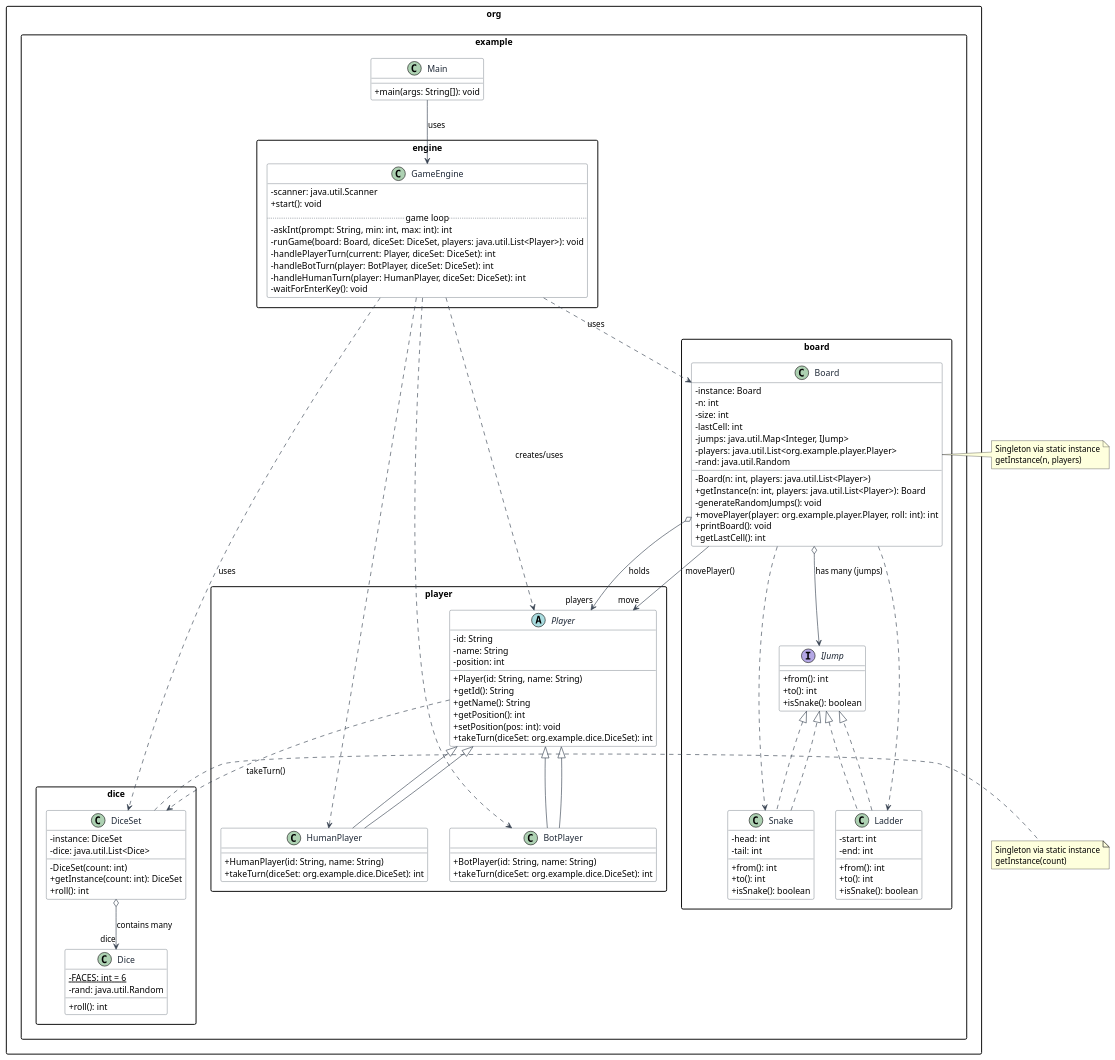
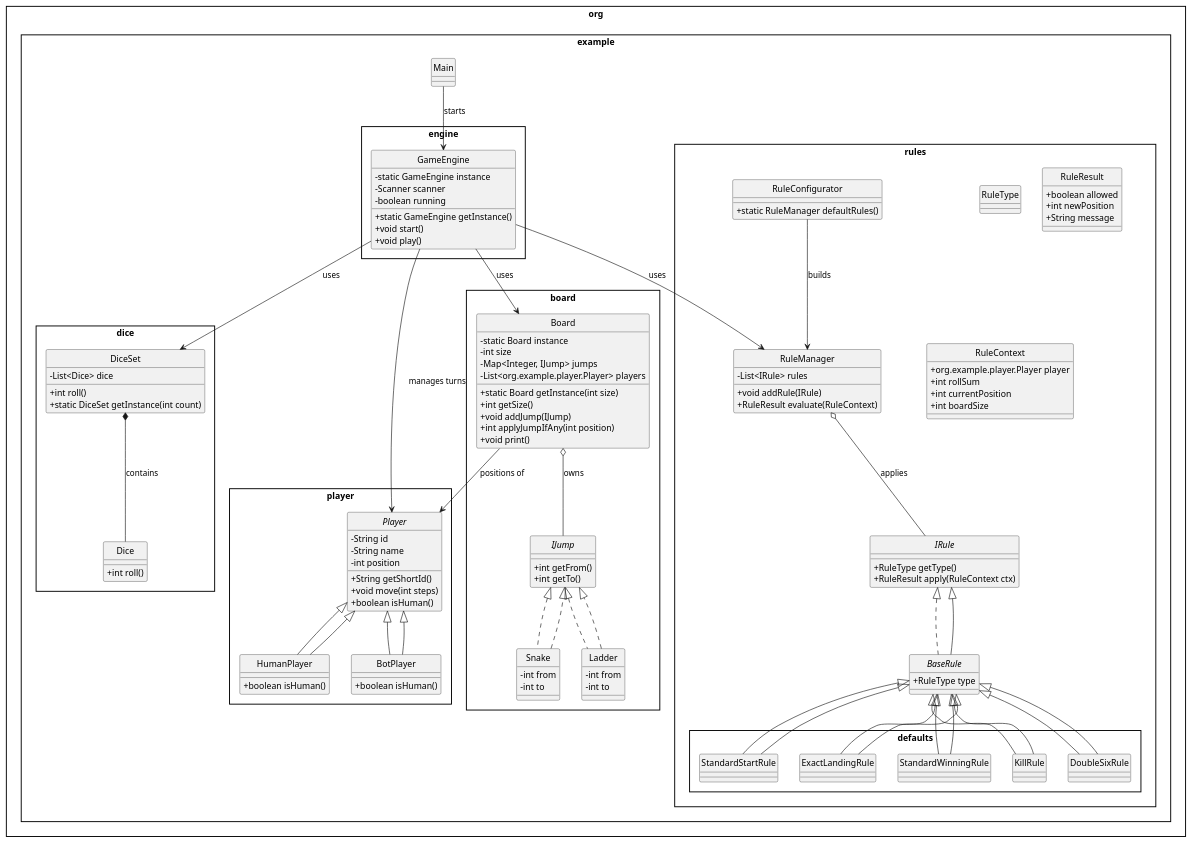
Before and after one commit to neeldholiya04/snakeandladder: the diagram in docs/class-diagram.puml, drawn with PlantUML. The commit also changed 17 other files, not shown here.

Commit message:
rule set strategy

```diff
--- a/docs/class-diagram.puml
+++ b/docs/class-diagram.puml
@@ -1,143 +1,136 @@
 @startuml SnakeAndLadderClassDiagram
+skinparam style strictuml
 skinparam classAttributeIconSize 0
-skinparam packageStyle rectangle
-skinparam shadowing false
-skinparam classFontColor #1f2937
-skinparam classBorderColor #374151
-skinparam classBackgroundColor #ffffff
-skinparam ArrowColor #374151
+skinparam PackageStyle rectangle
+hide circle
 
 package "org.example" {
-  class Main {
-    +main(args: String[]): void
-  }
+  class Main
 }
 
 package "org.example.engine" {
   class GameEngine {
-    -scanner: java.util.Scanner
-    +start(): void
-    ..game loop..
-    -askInt(prompt: String, min: int, max: int): int
-    -runGame(board: Board, diceSet: DiceSet, players: java.util.List<Player>): void
-    -handlePlayerTurn(current: Player, diceSet: DiceSet): int
-    -handleBotTurn(player: BotPlayer, diceSet: DiceSet): int
-    -handleHumanTurn(player: HumanPlayer, diceSet: DiceSet): int
-    -waitForEnterKey(): void
+    - static GameEngine instance
+    - Scanner scanner
+    - boolean running
+    + static GameEngine getInstance()
+    + void start()
+    + void play()
   }
 }
 
 package "org.example.board" {
+  interface IJump {
+    + int getFrom()
+    + int getTo()
+  }
   class Board {
-    -instance: Board
-    -n: int
-    -size: int
-    -lastCell: int
-    -jumps: java.util.Map<Integer, IJump>
-    -players: java.util.List<org.example.player.Player>
-    -rand: java.util.Random
-    -Board(n: int, players: java.util.List<Player>)
-    +getInstance(n: int, players: java.util.List<Player>): Board
-    -generateRandomJumps(): void
-    +movePlayer(player: org.example.player.Player, roll: int): int
-    +printBoard(): void
-    +getLastCell(): int
+    - static Board instance
+    - int size
+    - Map<Integer, IJump> jumps
+    - List<org.example.player.Player> players
+    + static Board getInstance(int size)
+    + int getSize()
+    + void addJump(IJump)
+    + int applyJumpIfAny(int position)
+    + void print()
   }
-
-  interface IJump {
-    +from(): int
-    +to(): int
-    +isSnake(): boolean
+  class Snake implements IJump {
+    - int from
+    - int to
   }
-
-  class Snake implements IJump {
-    -head: int
-    -tail: int
-    +from(): int
-    +to(): int
-    +isSnake(): boolean
-  }
-
   class Ladder implements IJump {
-    -start: int
-    -end: int
-    +from(): int
-    +to(): int
-    +isSnake(): boolean
+    - int from
+    - int to
   }
 }
 
 package "org.example.dice" {
   class Dice {
-    -FACES: int = 6 {static}
-    -rand: java.util.Random
-    +roll(): int
+    + int roll()
   }
-
   class DiceSet {
-    -instance: DiceSet
-    -dice: java.util.List<Dice>
-    -DiceSet(count: int)
-    +getInstance(count: int): DiceSet
-    +roll(): int
+    - List<Dice> dice
+    + int roll()
+    + static DiceSet getInstance(int count)
   }
 }
 
 package "org.example.player" {
   abstract class Player {
-    -id: String
-    -name: String
-    -position: int
-    +Player(id: String, name: String)
-    +getId(): String
-    +getName(): String
-    +getPosition(): int
-    +setPosition(pos: int): void
-    +takeTurn(diceSet: org.example.dice.DiceSet): int
+    - String id
+    - String name
+    - int position
+    + String getShortId()
+    + void move(int steps)
+    + boolean isHuman()
   }
-
   class HumanPlayer extends Player {
-    +HumanPlayer(id: String, name: String)
-    +takeTurn(diceSet: org.example.dice.DiceSet): int
+    + boolean isHuman()
   }
-
   class BotPlayer extends Player {
-    +BotPlayer(id: String, name: String)
-    +takeTurn(diceSet: org.example.dice.DiceSet): int
+    + boolean isHuman()
   }
 }
 
+package "org.example.rules" {
+  enum RuleType
+  class RuleResult {
+    + boolean allowed
+    + int newPosition
+    + String message
+  }
+  class RuleContext {
+    + org.example.player.Player player
+    + int rollSum
+    + int currentPosition
+    + int boardSize
+  }
+  interface IRule {
+    + RuleType getType()
+    + RuleResult apply(RuleContext ctx)
+  }
+  abstract class BaseRule implements IRule {
+    + RuleType type
+  }
+  class RuleManager {
+    - List<IRule> rules
+    + void addRule(IRule)
+    + RuleResult evaluate(RuleContext)
+  }
+  class RuleConfigurator {
+    + static RuleManager defaultRules()
+  }
+}
+
+package "org.example.rules.defaults" {
+  class StandardStartRule extends org.example.rules.BaseRule
+  class ExactLandingRule extends org.example.rules.BaseRule
+  class StandardWinningRule extends org.example.rules.BaseRule
+  class KillRule extends org.example.rules.BaseRule
+  class DoubleSixRule extends org.example.rules.BaseRule
+}
+
 ' Relationships
-Main --> GameEngine : uses
-GameEngine ..> Board : uses
-GameEngine ..> DiceSet : uses
-GameEngine ..> Player : creates/uses
-GameEngine ..> HumanPlayer
-GameEngine ..> BotPlayer
-
-Board o--> "players" Player : holds
-Board o--> IJump : has many (jumps)
-Board ..> Snake
-Board ..> Ladder
-Board --> "move" Player : movePlayer()
-
-DiceSet o--> "dice" Dice : contains many
-Player ..> DiceSet : takeTurn()
-
+Main --> GameEngine : starts
+GameEngine --> Board : uses
+GameEngine --> DiceSet : uses
+GameEngine --> RuleManager : uses
+GameEngine --> Player : manages turns
+Board o-- IJump : owns
+Board --> Player : positions of
 Snake ..|> IJump
 Ladder ..|> IJump
-
-HumanPlayer --|> Player
-BotPlayer --|> Player
-
-note right of Board
-  Singleton via static instance
-  getInstance(n, players)
-end note
-
-note right of DiceSet
-  Singleton via static instance
-  getInstance(count)
-end note
+DiceSet *-- Dice : contains
+Player <|-- HumanPlayer
+Player <|-- BotPlayer
+RuleManager o-- IRule : applies
+IRule <|-- BaseRule
+BaseRule <|-- StandardStartRule
+BaseRule <|-- ExactLandingRule
+BaseRule <|-- StandardWinningRule
+BaseRule <|-- KillRule
+BaseRule <|-- DoubleSixRule
+RuleConfigurator --> RuleManager : builds
 
 @enduml
```
